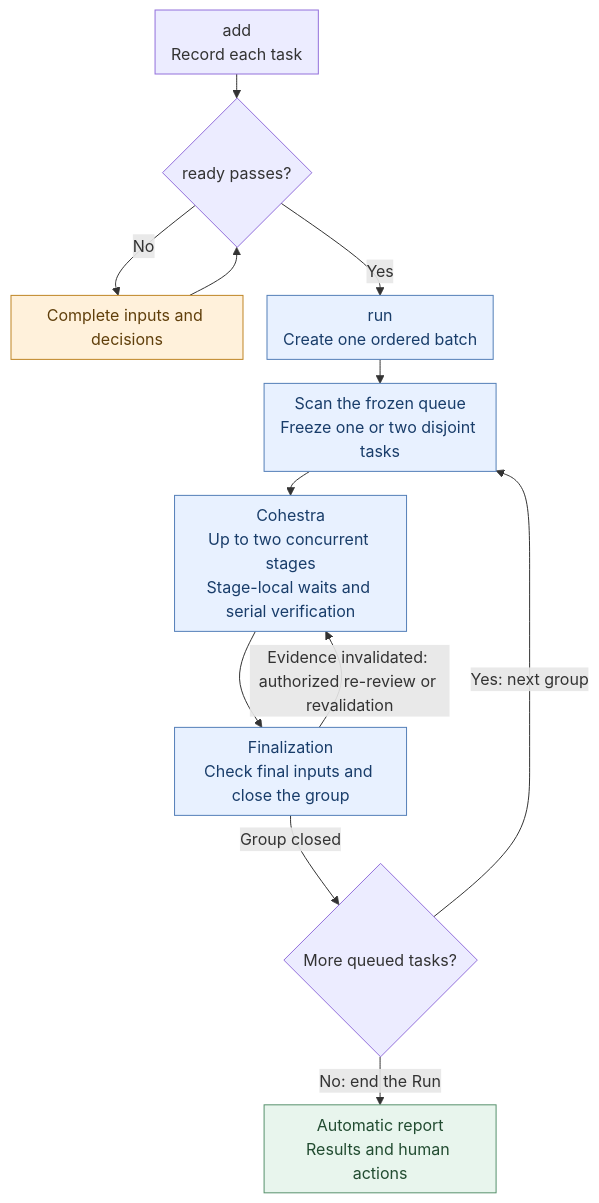
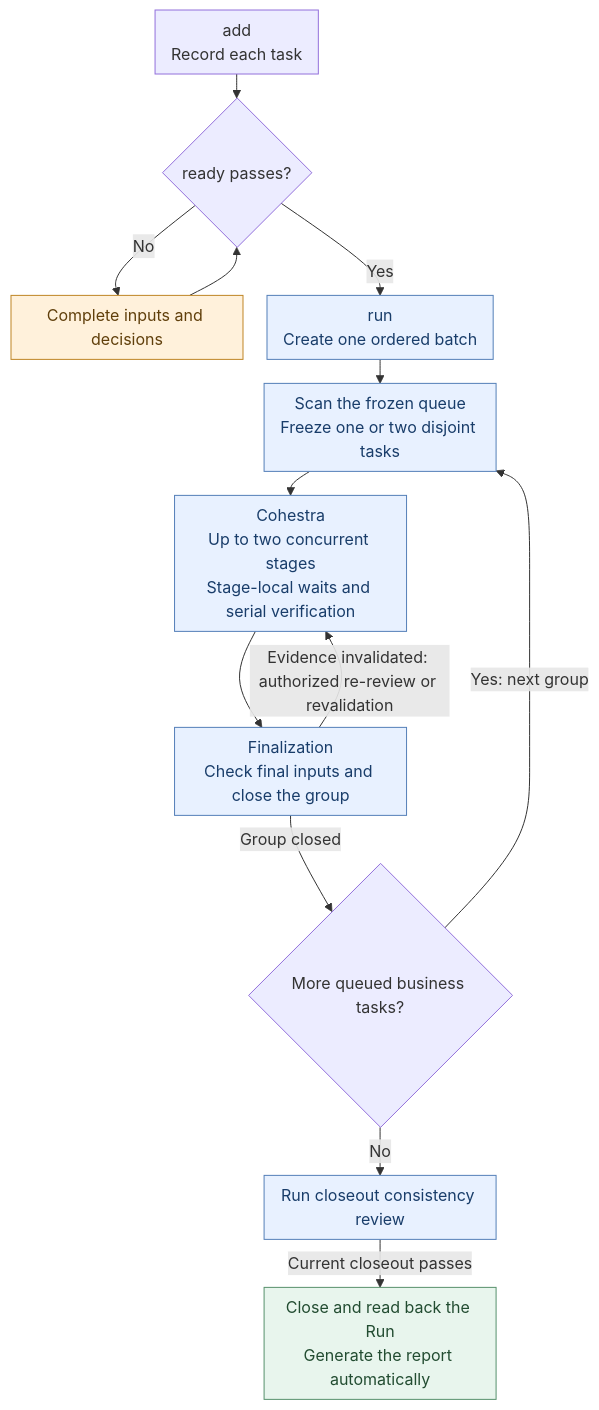
One commit to yuzio-ai/skills changed the second of 4 diagrams in README.md. Above: the diagram before and after it, drawn with Mermaid. The commit also changed other lines of this file and 6 other files, not shown here.

````diff
--- a/README.md
+++ b/README.md
@@ -215,27 +215,28 @@
 ```mermaid
 ---
 config:
   flowchart:
     rankSpacing: 24
     nodeSpacing: 24
     padding: 8
 ---
 flowchart TB
     A["add<br/>Record each task"] --> G{"ready passes?"}
     G -->|"No"| H["Complete inputs and decisions"]
     H --> G
     G -->|"Yes"| R["run<br/>Create one ordered batch"]
     R --> S["Scan the frozen queue<br/>Freeze one or two disjoint tasks"]
     S --> E["Cohestra<br/>Up to two concurrent stages<br/>Stage-local waits and serial verification"]
     E --> F["Finalization<br/>Check final inputs and close the group"]
     F -->|"Evidence invalidated: authorized re-review or revalidation"| E
-    F -->|"Group closed"| M{"More queued tasks?"}
+    F -->|"Group closed"| M{"More queued business tasks?"}
     M -->|"Yes: next group"| S
-    M -->|"No: end the Run"| O["Automatic report<br/>Results and human actions"]
+    M -->|"No"| C["Run closeout consistency review"]
+    C -->|"Current closeout passes"| O["Close and read back the Run<br/>Generate the report automatically"]
     class H human
-    class R,S,E,F automatic
+    class R,S,E,F,C automatic
     class O result
     classDef human fill:#fff1db,stroke:#bf8424,color:#603f0b
     classDef automatic fill:#e8f1ff,stroke:#547fb8,color:#193d6a
     classDef result fill:#e8f5ed,stroke:#57916c,color:#224c31
 ```
````
